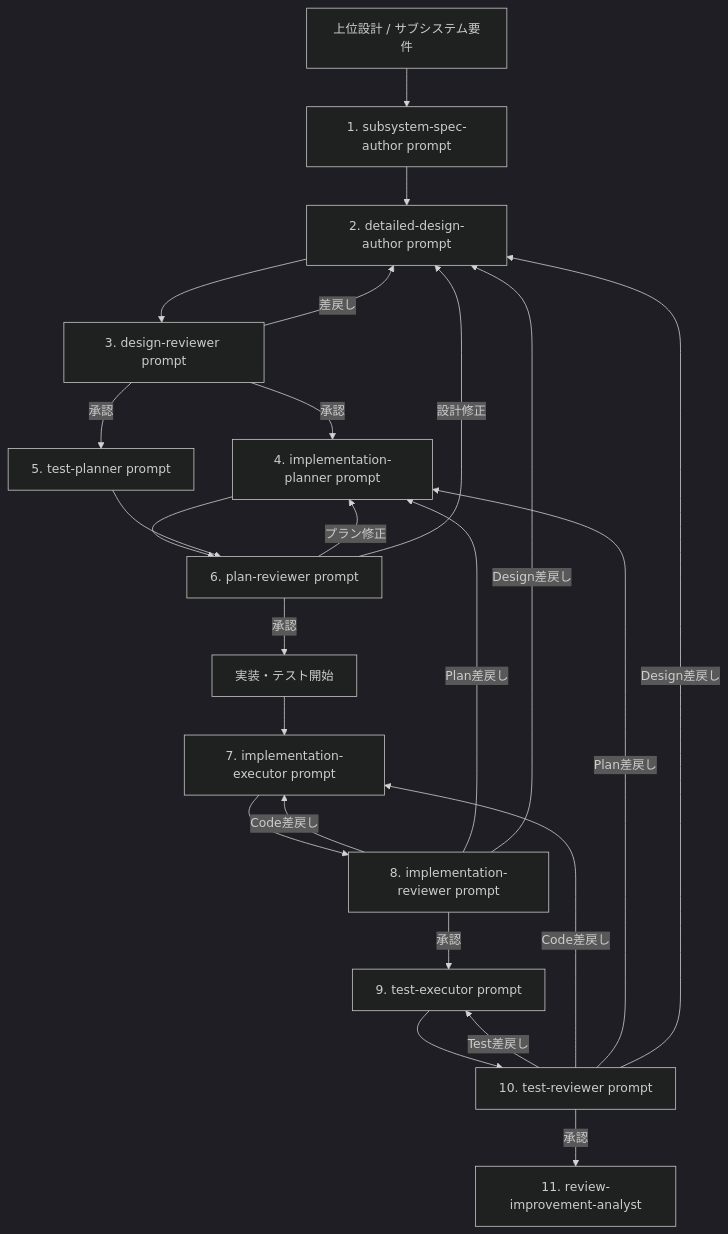
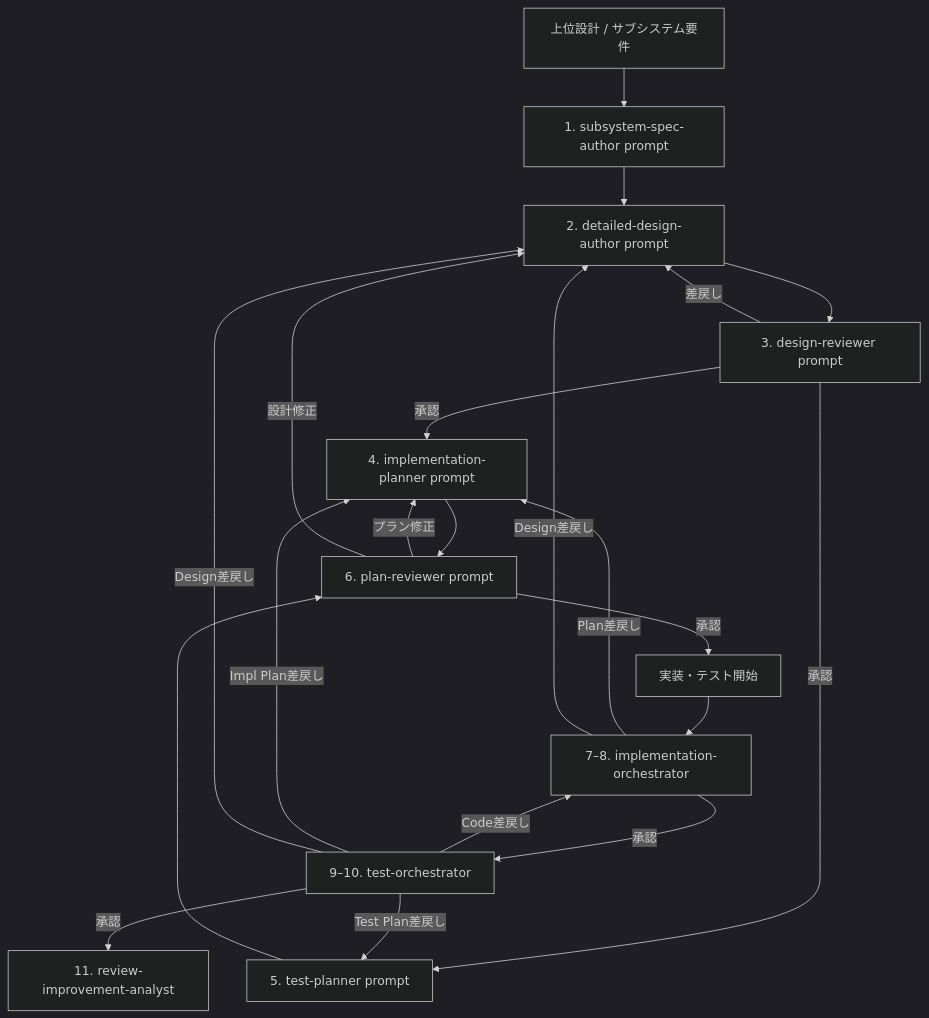
Before and after one commit to Aco-Lone/WaterfallSdd: the first of 2 diagrams in docs/superpowers/guides/openspec-workflow-call-order.md, drawn with Mermaid (dark theme). The commit also changed other lines of this file and 24 other files, not shown here.

````diff
--- a/docs/superpowers/guides/openspec-workflow-call-order.md
+++ b/docs/superpowers/guides/openspec-workflow-call-order.md
@@ -16,26 +16,23 @@
 ```mermaid
 flowchart TD
     A[上位設計 / サブシステム要件] --> B[1. subsystem-spec-author prompt]
     B --> C[2. detailed-design-author prompt]
     C --> D[3. design-reviewer prompt]
     D -->|承認| E[4. implementation-planner prompt]
     D -->|承認| M[5. test-planner prompt]
     D -->|差戻し| C
     E --> F[6. plan-reviewer prompt]
     M --> F
     F -->|承認| G[実装・テスト開始]
     F -->|プラン修正| E
     F -->|設計修正| C
-    G --> H[7. implementation-executor prompt]
-    H --> I[8. implementation-reviewer prompt]
-    I -->|承認| J[9. test-executor prompt]
-    I -->|Code差戻し| H
-    I -->|Plan差戻し| E
-    I -->|Design差戻し| C
-    J --> K[10. test-reviewer prompt]
-    K -->|承認| L[11. review-improvement-analyst]
-    K -->|Test差戻し| J
-    K -->|Code差戻し| H
-    K -->|Plan差戻し| E
-    K -->|Design差戻し| C
+    G --> Io["7–8. implementation-orchestrator"]
+    Io -->|承認| To["9–10. test-orchestrator"]
+    Io -->|Plan差戻し| E
+    Io -->|Design差戻し| C
+    To -->|承認| L[11. review-improvement-analyst]
+    To -->|Code差戻し| Io
+    To -->|Test Plan差戻し| M
+    To -->|Impl Plan差戻し| E
+    To -->|Design差戻し| C
 ```
````
